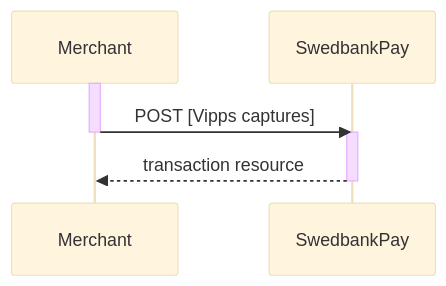
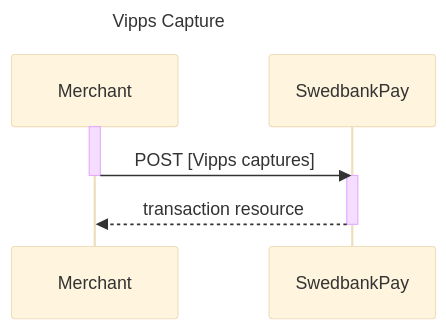
Before and after one commit to SwedbankPay/developer.swedbankpay.com: the diagram in _includes/vipps-payments-capture.md, drawn with Mermaid (base theme). The commit also changed 66 other files, not shown here.

Commit message:
Added titles in sequence diagrams

````diff
--- a/_includes/vipps-payments-capture.md
+++ b/_includes/vipps-payments-capture.md
@@ -77,7 +77,8 @@
 ```mermaid
 sequenceDiagram
+title: Vipps Capture
   activate Merchant
   Merchant->>-SwedbankPay: POST [Vipps captures]
   activate SwedbankPay
   SwedbankPay-->>-Merchant: transaction resource
 ```
````
